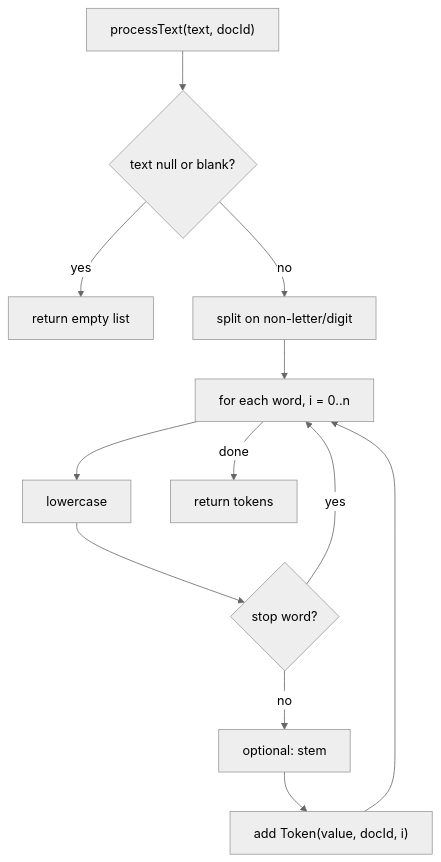
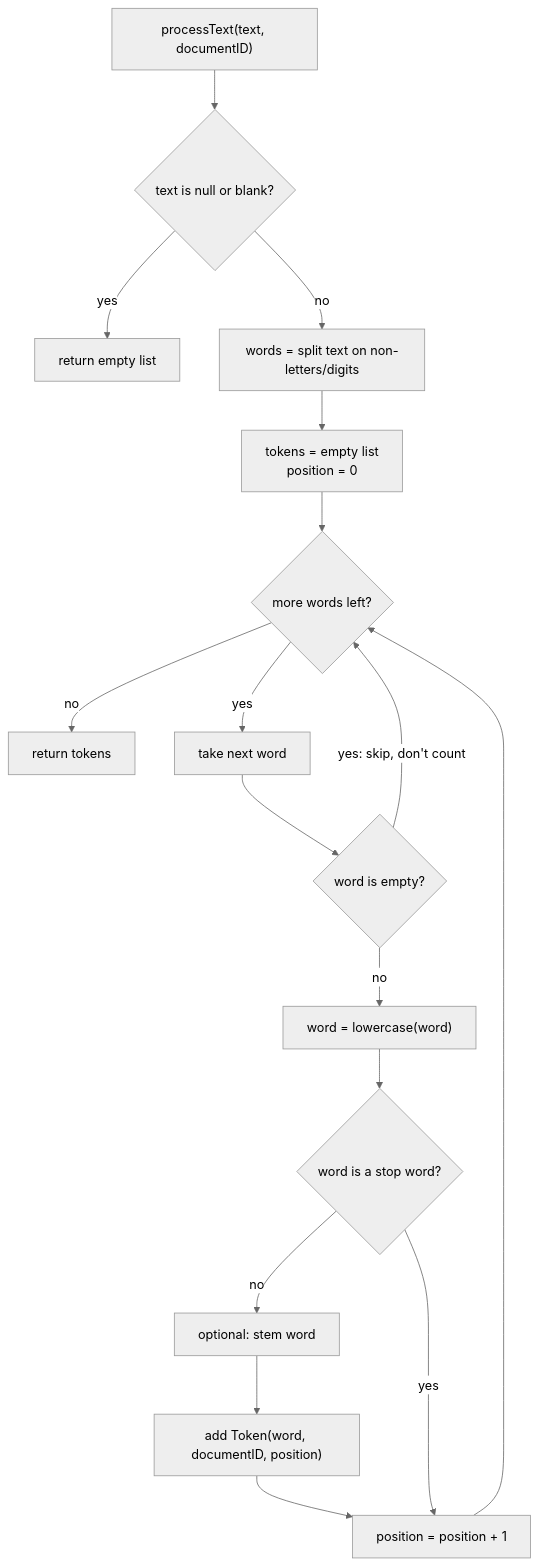
The seventh of 17 diagrams in task.md (Princedave101/Search-Engine-Backend-), drawn with Mermaid (neutral theme) before and after one commit. The commit also changed other lines of this file and 4 other files, not shown here.

````diff
--- a/task.md
+++ b/task.md
@@ -338,14 +369,19 @@
 ```mermaid
 flowchart TD
-    A["processText(text, docId)"] --> B{"text null or blank?"}
-    B -- yes --> Z["return empty list"]
-    B -- no --> C["split on non-letter/digit"]
-    C --> D["for each word, i = 0..n"]
-    D --> E["lowercase"]
-    E --> F{"stop word?"}
-    F -- yes --> D
-    F -- no --> G["optional: stem"]
-    G --> H["add Token(value, docId, i)"]
-    H --> D
-    D -- done --> I["return tokens"]
+    A["processText(text, documentID)"] --> B{"text is null or blank?"}
+    B -- yes --> R0["return empty list"]
+    B -- no --> C["words = split text on non-letters/digits"]
+    C --> D["tokens = empty list<br/>position = 0"]
+    D --> E{"more words left?"}
+    E -- no --> R["return tokens"]
+    E -- yes --> F["take next word"]
+    F --> G{"word is empty?"}
+    G -- "yes: skip, don't count" --> E
+    G -- no --> H["word = lowercase(word)"]
+    H --> I{"word is a stop word?"}
+    I -- no --> J["optional: stem word"]
+    J --> K["add Token(word, documentID, position)"]
+    K --> L["position = position + 1"]
+    I -- yes --> L
+    L --> E
 ```
````
